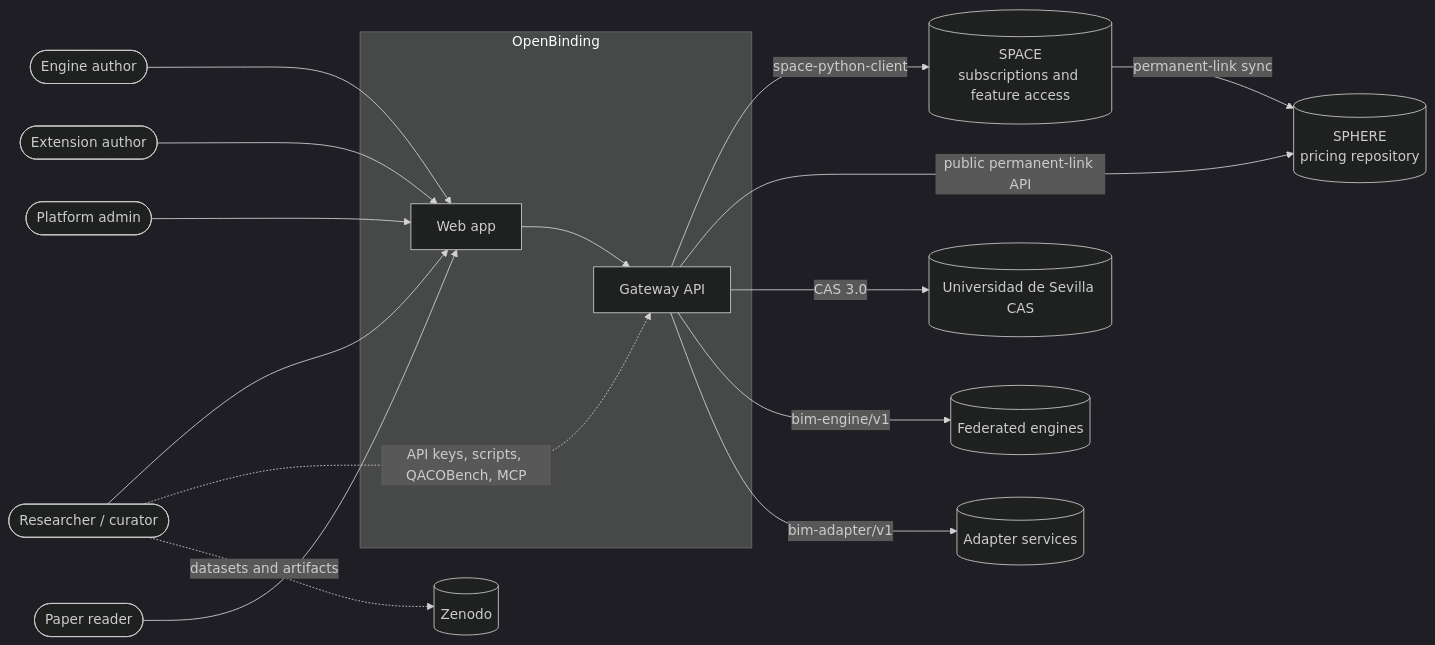
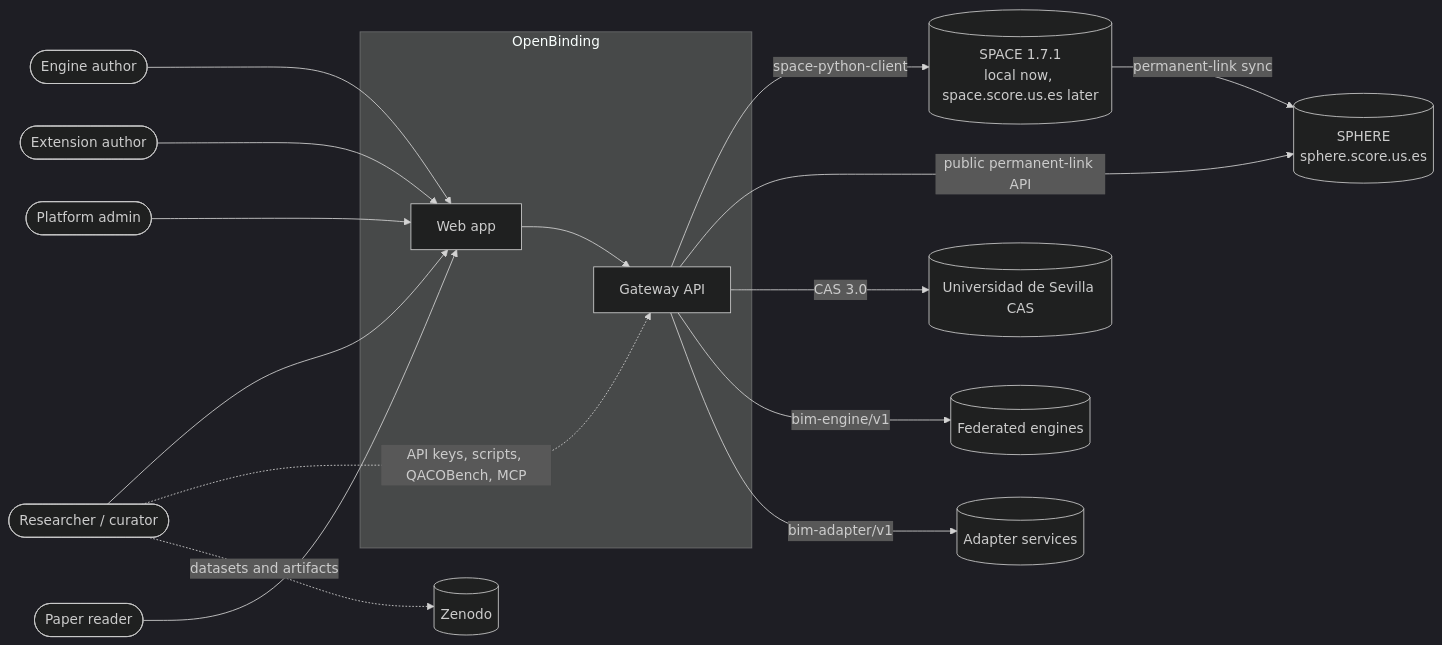
One commit to isa-group/OpenBinding changed the first of 6 diagrams in docs/ARCHITECTURE.md. Above: the diagram before and after it, drawn with Mermaid (dark theme). The commit also changed other lines of this file and 11 other files, not shown here.

First line of the commit message:
docs(architecture): align architecture, roadmap and agent guide with the smaller platform

````diff
--- a/docs/ARCHITECTURE.md
+++ b/docs/ARCHITECTURE.md
@@ -32,27 +37,27 @@
 ```mermaid
 flowchart LR
   R([Researcher / curator])
   E([Engine author])
   X([Extension author])
   A([Platform admin])
   P([Paper reader])
   subgraph OB[OpenBinding]
     W[Web app]
     G[Gateway API]
   end
-  SPH[(SPHERE<br/>pricing repository)]
-  SPA[(SPACE<br/>subscriptions and feature access)]
+  SPH[(SPHERE<br/>sphere.score.us.es)]
+  SPA[(SPACE 1.7.1<br/>local now, space.score.us.es later)]
   CAS[(Universidad de Sevilla CAS)]
   FED[(Federated engines)]
   ADS[(Adapter services)]
   Z[(Zenodo)]
   R & E & X & A & P --> W --> G
   R -. API keys, scripts, QACOBench, MCP .-> G
   G -- space-python-client --> SPA
   SPA -- permanent-link sync --> SPH
   G -- public permanent-link API --> SPH
   G -- CAS 3.0 --> CAS
   G -- bim-engine/v1 --> FED
   G -- bim-adapter/v1 --> ADS
   R -. datasets and artifacts .-> Z
 ```
````
